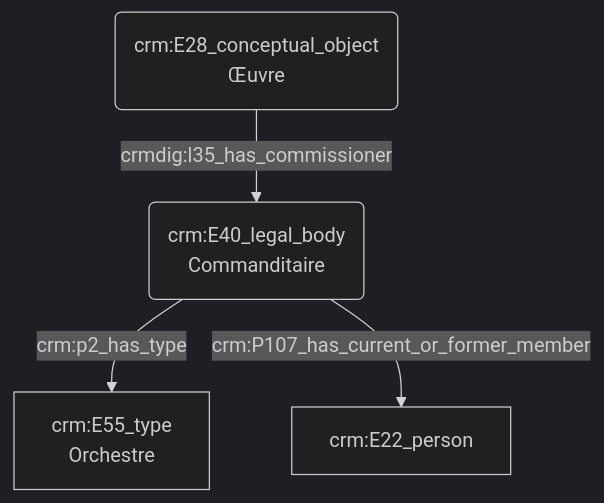
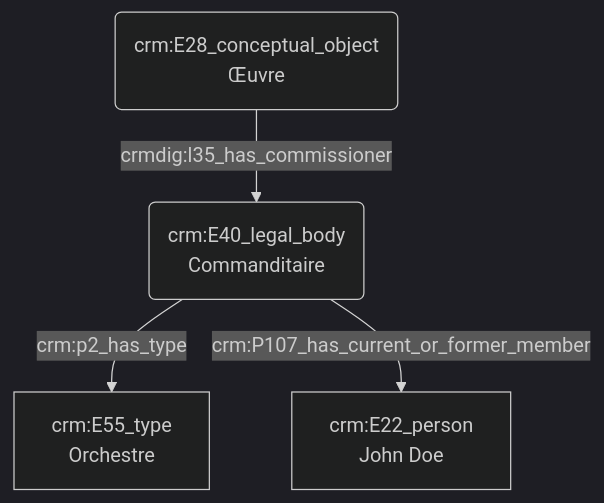
The diagram in modules/livrables/Dossier 2/Indexation conceptuelle/commanditaire d'une œuvre.md (Amleth/consortium-musica2-gt2-ontologies), drawn with Mermaid (dark theme) before and after one commit.

Commit message:
Update commanditaire d'une œuvre.md

````diff
--- a/modules/livrables/Dossier 2/Indexation conceptuelle/commanditaire d'une œuvre.md
+++ b/modules/livrables/Dossier 2/Indexation conceptuelle/commanditaire d'une œuvre.md
@@ -13,8 +13,8 @@
 ```mermaid
 graph TD;
 
 A(crm:E28_conceptual_object<br>Œuvre) --> |crmdig:l35_has_commissioner| B(crm:E40_legal_body<br>Commanditaire)
 B(crm:E40_legal_body<br>Commanditaire) --> |crm:p2_has_type| C[crm:E55_type<br>Orchestre]
-B(crm:E40_legal_body<br>Commanditaire) --> |crm:P107_has_current_or_former_member| D[crm:E22_person]
+B(crm:E40_legal_body<br>Commanditaire) --> |crm:P107_has_current_or_former_member| D[crm:E22_person<br>John Doe]
 
 ```
````
